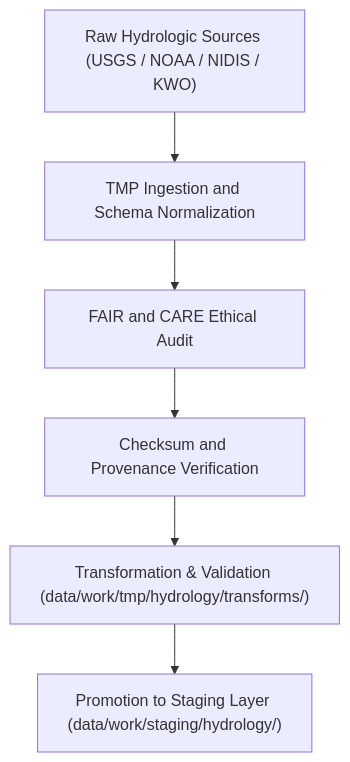
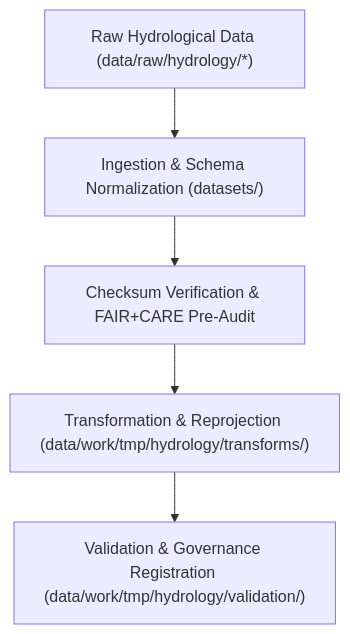
One commit to bartytime4life/Kansas-Frontier-Matrix changed the diagram in data/work/tmp/hydrology/datasets/README.md. Above: the diagram before and after it, drawn with Mermaid. The commit also changed other lines of this file, not shown here.

````diff
--- a/data/work/tmp/hydrology/datasets/README.md
+++ b/data/work/tmp/hydrology/datasets/README.md
@@ -69,8 +64,7 @@
 ```mermaid
 flowchart TD
-    A["Raw Hydrologic Sources (USGS / NOAA / NIDIS / KWO)"] --> B["TMP Ingestion and Schema Normalization"]
-    B --> C["FAIR and CARE Ethical Audit"]
-    C --> D["Checksum and Provenance Verification"]
-    D --> E["Transformation & Validation (data/work/tmp/hydrology/transforms/)"]
-    E --> F["Promotion to Staging Layer (data/work/staging/hydrology/)"]
+    A["Raw Hydrological Data (data/raw/hydrology/*)"] --> B["Ingestion & Schema Normalization (datasets/)"]
+    B --> C["Checksum Verification & FAIR+CARE Pre-Audit"]
+    C --> D["Transformation & Reprojection (data/work/tmp/hydrology/transforms/)"]
+    D --> E["Validation & Governance Registration (data/work/tmp/hydrology/validation/)"]
 ```
````
